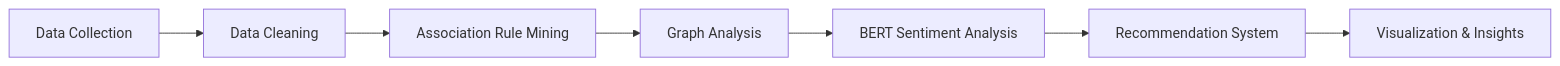
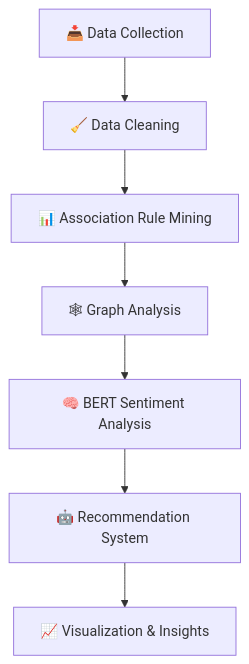
The diagram in README.md (omnyaayman/Food-Delivery-Pattern-Analysis), drawn with Mermaid before and after one commit. The commit also changed other lines of this file, not shown here.

````diff
--- a/README.md
+++ b/README.md
@@ -164,9 +182,10 @@
 ```mermaid
-graph LR;
-A[Data Collection] --> B[Data Cleaning];
-B --> C[Association Rule Mining];
-C --> D[Graph Analysis];
-D --> E[BERT Sentiment Analysis];
-E --> F[Recommendation System];
-F --> G[Visualization & Insights];
+graph TD;
+
+A[📥 Data Collection] --> B[🧹 Data Cleaning]
+B --> C[📊 Association Rule Mining]
+C --> D[🕸 Graph Analysis]
+D --> E[🧠 BERT Sentiment Analysis]
+E --> F[🤖 Recommendation System]
+F --> G[📈 Visualization & Insights]
 ```
````
